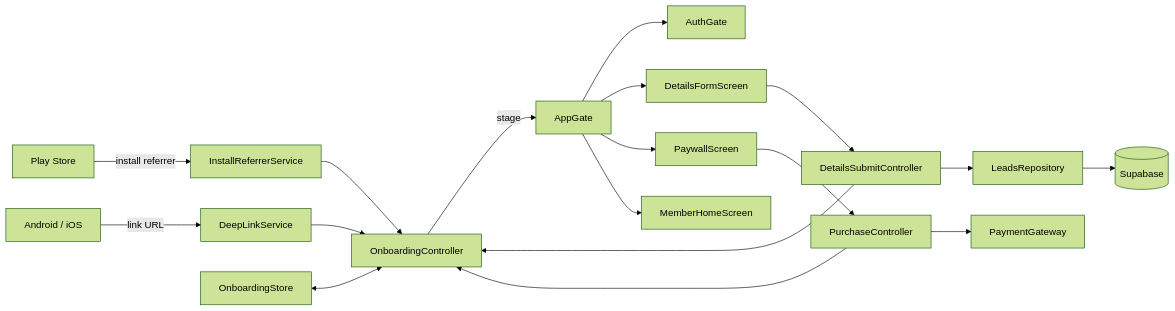
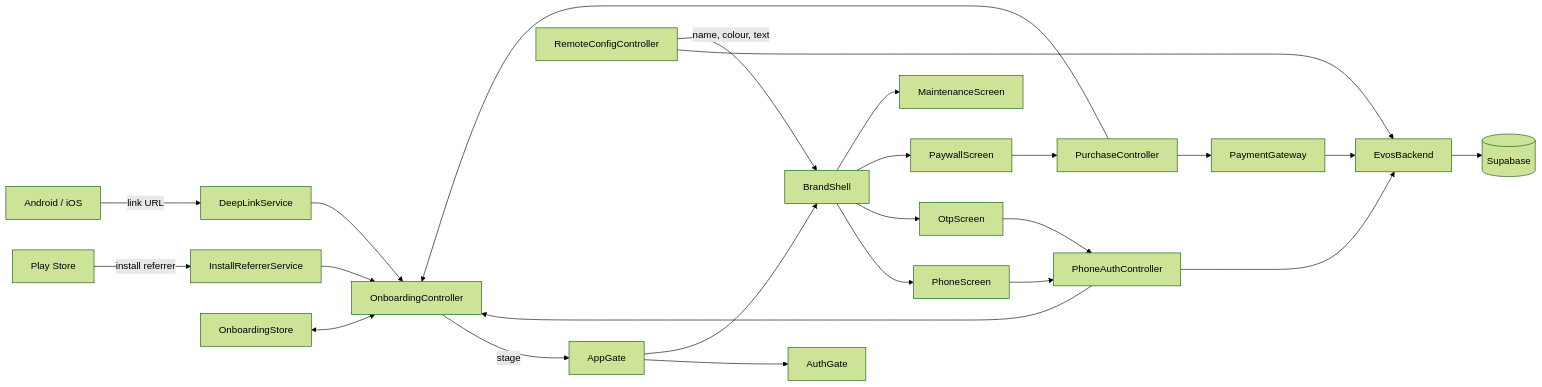
Before and after one commit to ayuzhBhakti/notes_app: the third of 3 diagrams in docs/09-deep-link-onboarding.md, drawn with Mermaid (forest theme). The commit also changed other lines of this file and 67 other files, not shown here.

````diff
--- a/docs/09-deep-link-onboarding.md
+++ b/docs/09-deep-link-onboarding.md
@@ -103,17 +194,18 @@
 ```mermaid
 flowchart LR
     Play[Play Store] -- install referrer --> InstallReferrerService
     InstallReferrerService --> OnboardingController
     Platform[Android / iOS] -- link URL --> DeepLinkService
     DeepLinkService --> OnboardingController
-    Form --> DetailsSubmitController --> LeadsRepository --> Supabase[(Supabase)]
-    DetailsSubmitController --> OnboardingController
     OnboardingStore <--> OnboardingController
     OnboardingController -- stage --> AppGate
     AppGate --> AuthGate
-    AppGate --> Form[DetailsFormScreen]
-    AppGate --> Paywall[PaywallScreen]
-    AppGate --> Member[MemberHomeScreen]
-    Paywall --> PurchaseController --> PaymentGateway
-    PurchaseController --> OnboardingController
+    AppGate --> BrandShell
+    BrandShell --> Phone[PhoneScreen] & Otp[OtpScreen] & Paywall[PaywallScreen] & Maint[MaintenanceScreen]
+    Phone & Otp --> PhoneAuthController --> EvosBackend
+    Paywall --> PurchaseController --> PaymentGateway --> EvosBackend
+    RemoteConfigController --> EvosBackend
+    RemoteConfigController -- name, colour, text --> BrandShell
+    EvosBackend --> Supabase[(Supabase)]
+    PhoneAuthController & PurchaseController --> OnboardingController
 ```
````
